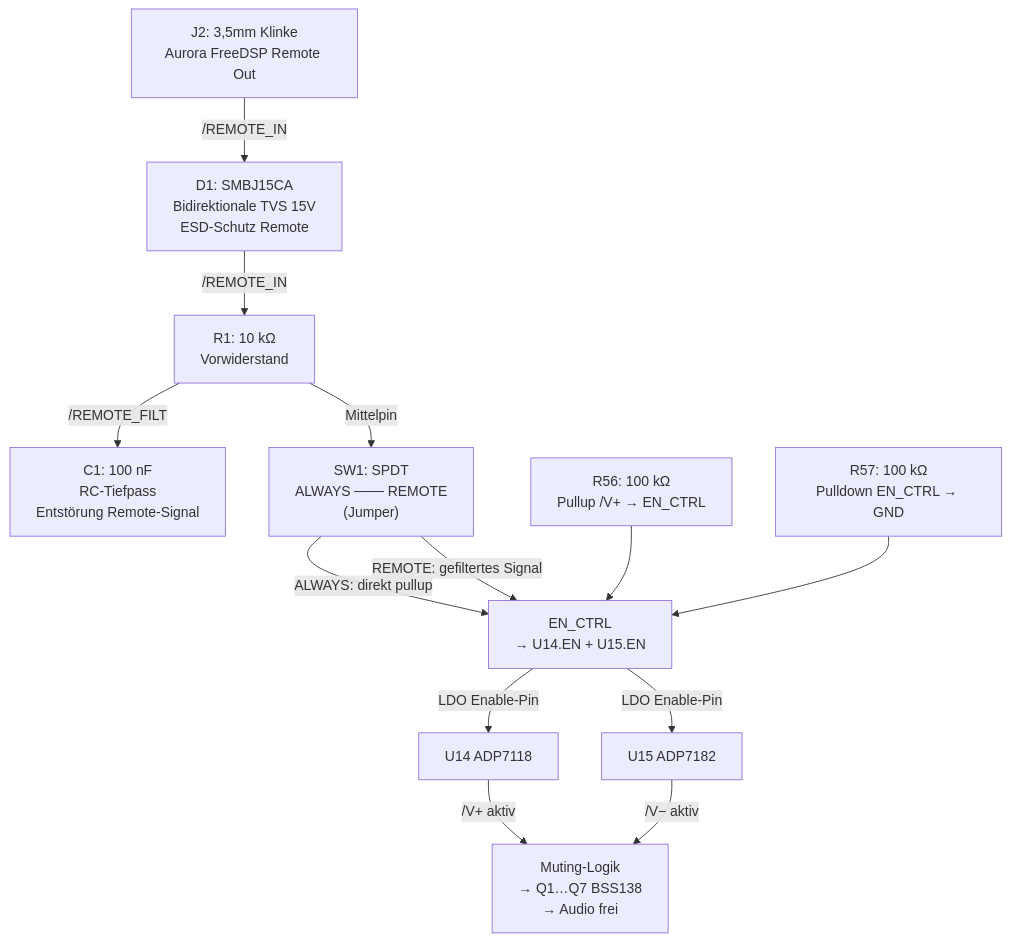
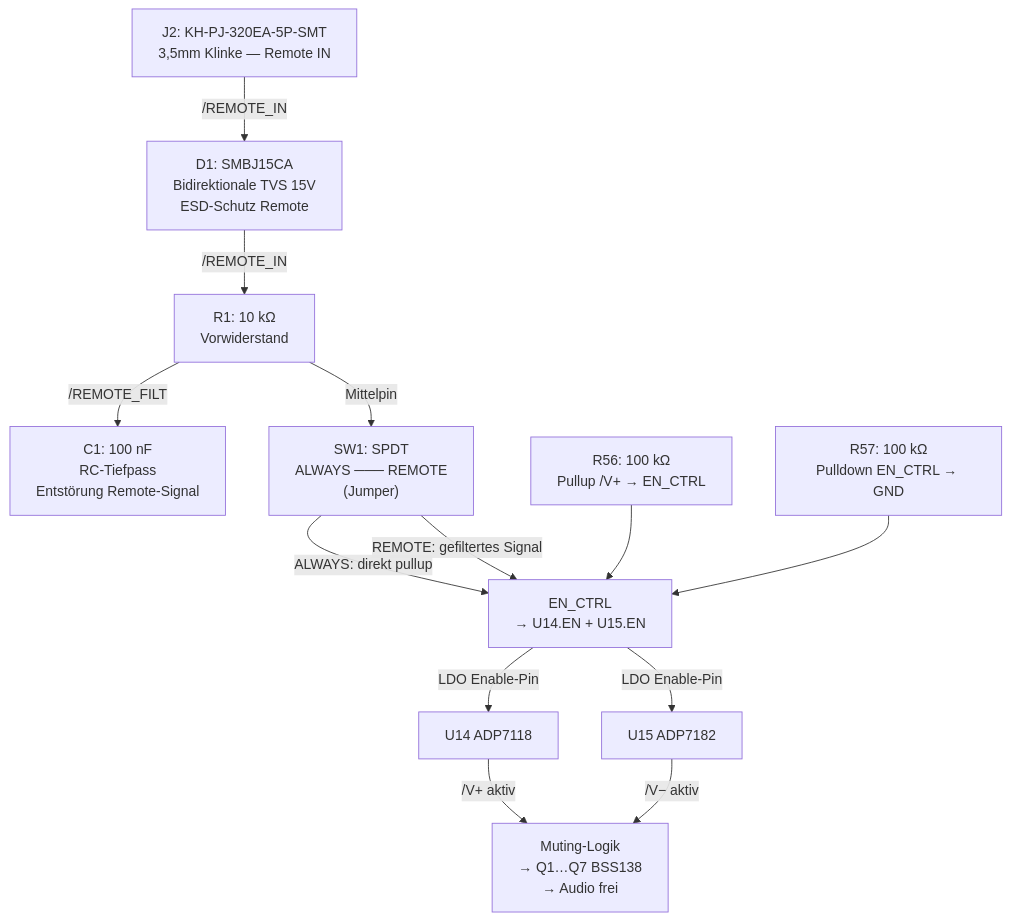
Before and after one commit to jpsamuelson/aurora-icepower-booster: the tenth of 11 diagrams in README.md, drawn with Mermaid. The commit also changed other lines of this file, not shown here.

````diff
--- a/README.md
+++ b/README.md
@@ -430,25 +433,25 @@
 ```mermaid
 flowchart TD
-    J2["J2: 3,5mm Klinke\nAurora FreeDSP Remote Out"]
+    J2["J2: KH-PJ-320EA-5P-SMT\n3,5mm Klinke — Remote IN"]
     D1["D1: SMBJ15CA\nBidirektionale TVS 15V\nESD-Schutz Remote"]
     R1["R1: 10 kΩ\nVorwiderstand"]
     C1["C1: 100 nF\nRC-Tiefpass\nEntstörung Remote-Signal"]
     SW1["SW1: SPDT\nALWAYS ─── REMOTE\n(Jumper)"]
     R56["R56: 100 kΩ\nPullup /V+ → EN_CTRL"]
     R57["R57: 100 kΩ\nPulldown EN_CTRL → GND"]
     EN["EN_CTRL\n→ U14.EN + U15.EN"]
 
     J2 -->|/REMOTE_IN| D1
     D1 -->|/REMOTE_IN| R1
     R1 -->|/REMOTE_FILT| C1
     R1 -->|Mittelpin| SW1
     SW1 -->|"ALWAYS: direkt pullup"| EN
     SW1 -->|"REMOTE: gefiltertes Signal"| EN
     R56 --> EN
     R57 --> EN
     EN -->|LDO Enable-Pin| U14["U14 ADP7118"]
     EN -->|LDO Enable-Pin| U15["U15 ADP7182"]
 
     U14 -->|"/V+ aktiv"| MUTE_LOGIC["Muting-Logik\n→ Q1…Q7 BSS138\n→ Audio frei"]
     U15 -->|"/V− aktiv"| MUTE_LOGIC
 ```
````
